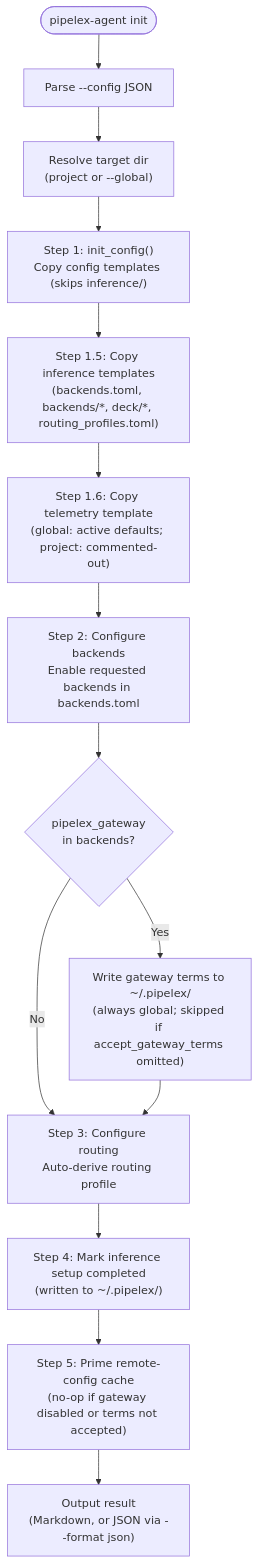
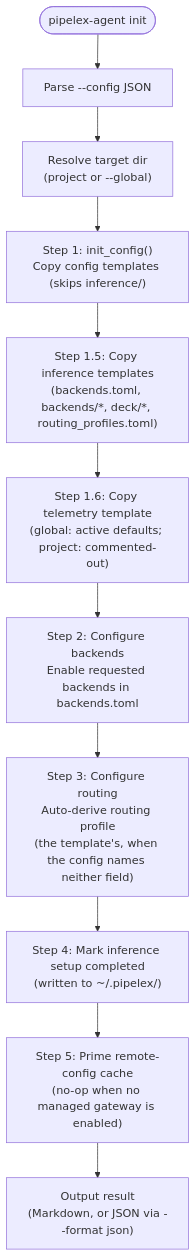
The third of 3 diagrams in docs/under-the-hood/init-cli-flows.md (Pipelex/pipelex), drawn with Mermaid before and after one commit. The commit also changed other lines of this file and 273 other files, not shown here.

````diff
--- a/docs/under-the-hood/init-cli-flows.md
+++ b/docs/under-the-hood/init-cli-flows.md
@@ -409,16 +364,13 @@
 ```mermaid
 flowchart TD
     START([pipelex-agent init]) --> PARSE["Parse --config JSON"]
     PARSE --> RESOLVE["Resolve target dir<br/>(project or --global)"]
     RESOLVE --> STEP1["Step 1: init_config()<br/>Copy config templates (skips inference/)"]
     STEP1 --> STEP15["Step 1.5: Copy inference templates<br/>(backends.toml, backends/*, deck/*, routing_profiles.toml)"]
     STEP15 --> STEP16["Step 1.6: Copy telemetry template<br/>(global: active defaults; project: commented-out)"]
     STEP16 --> STEP2["Step 2: Configure backends<br/>Enable requested backends in backends.toml"]
-    STEP2 --> GW{pipelex_gateway<br/>in backends?}
-    GW -- Yes --> TERMS["Write gateway terms to ~/.pipelex/<br/>(always global; skipped if accept_gateway_terms omitted)"]
-    GW -- No --> STEP3
-    TERMS --> STEP3["Step 3: Configure routing<br/>Auto-derive routing profile"]
+    STEP2 --> STEP3["Step 3: Configure routing<br/>Auto-derive routing profile<br/>(the template's, when the config names neither field)"]
     STEP3 --> STEP4["Step 4: Mark inference setup completed<br/>(written to ~/.pipelex/)"]
-    STEP4 --> STEP5["Step 5: Prime remote-config cache<br/>(no-op if gateway disabled or terms not accepted)"]
+    STEP4 --> STEP5["Step 5: Prime remote-config cache<br/>(no-op when no managed gateway is enabled)"]
     STEP5 --> OUTPUT["Output result<br/>(Markdown, or JSON via --format json)"]
 ```
````
